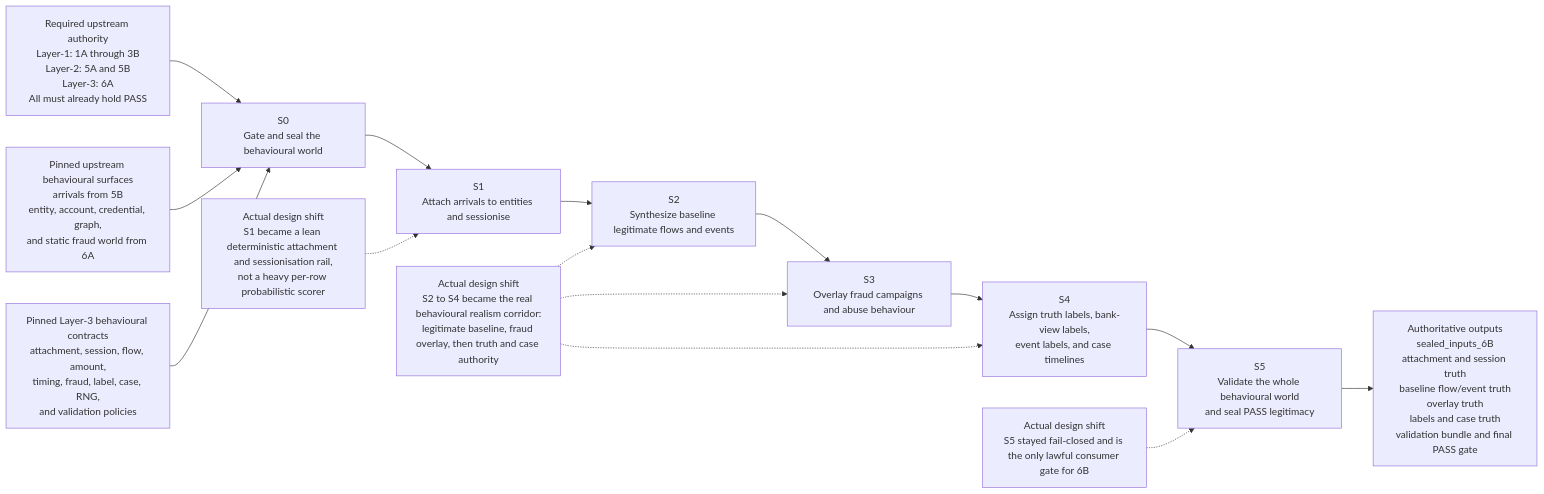
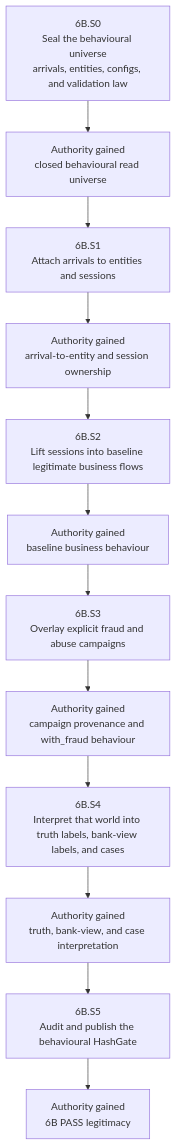
Before and after one commit to EsosaOrumwese/fraud-detection-system: the diagram in docs/design/data-engine/layer-3/6B/6B-overview-design-flow.mmd, drawn with Mermaid. The commit also changed 23 other files, not shown here.

First line of the commit message:
Refactor design flows for layers 6A and 6B to enhance clarity and structure

```diff
--- a/docs/design/data-engine/layer-3/6B/6B-overview-design-flow.mmd
+++ b/docs/design/data-engine/layer-3/6B/6B-overview-design-flow.mmd
@@ -1,27 +1,16 @@
-flowchart LR
-  U1["Required upstream authority<br/>Layer-1: 1A through 3B<br/>Layer-2: 5A and 5B<br/>Layer-3: 6A<br/>All must already hold PASS"]
-  U2["Pinned upstream behavioural surfaces<br/>arrivals from 5B<br/>entity, account, credential, graph,<br/>and static fraud world from 6A"]
-  U3["Pinned Layer-3 behavioural contracts<br/>attachment, session, flow, amount,<br/>timing, fraud, label, case, RNG,<br/>and validation policies"]
+flowchart TD
+  A0["6B.S0<br/>Seal the behavioural universe<br/>arrivals, entities, configs, and validation law"]
+  A1["6B.S1<br/>Attach arrivals to entities and sessions"]
+  A2["6B.S2<br/>Lift sessions into baseline legitimate business flows"]
+  A3["6B.S3<br/>Overlay explicit fraud and abuse campaigns"]
+  A4["6B.S4<br/>Interpret that world into truth labels, bank-view labels, and cases"]
+  A5["6B.S5<br/>Audit and publish the behavioural HashGate"]
 
-  S0["S0<br/>Gate and seal the behavioural world"]
-  S1["S1<br/>Attach arrivals to entities and sessionise"]
-  S2["S2<br/>Synthesize baseline legitimate flows and events"]
-  S3["S3<br/>Overlay fraud campaigns and abuse behaviour"]
-  S4["S4<br/>Assign truth labels, bank-view labels,<br/>event labels, and case timelines"]
-  S5["S5<br/>Validate the whole behavioural world<br/>and seal PASS legitimacy"]
+  B1["Authority gained<br/>closed behavioural read universe"]
+  B2["Authority gained<br/>arrival-to-entity and session ownership"]
+  B3["Authority gained<br/>baseline business behaviour"]
+  B4["Authority gained<br/>campaign provenance and with_fraud behaviour"]
+  B5["Authority gained<br/>truth, bank-view, and case interpretation"]
+  B6["Authority gained<br/>6B PASS legitimacy"]
 
-  O1["Authoritative outputs<br/>sealed_inputs_6B<br/>attachment and session truth<br/>baseline flow/event truth<br/>overlay truth<br/>labels and case truth<br/>validation bundle and final PASS gate"]
-
-  R1["Actual design shift<br/>S1 became a lean deterministic attachment and sessionisation rail,<br/>not a heavy per-row probabilistic scorer"]
-  R2["Actual design shift<br/>S2 to S4 became the real behavioural realism corridor:<br/>legitimate baseline, fraud overlay, then truth and case authority"]
-  R3["Actual design shift<br/>S5 stayed fail-closed and is the only lawful consumer gate for 6B"]
-
-  U1 --> S0
-  U2 --> S0
-  U3 --> S0
-  S0 --> S1 --> S2 --> S3 --> S4 --> S5 --> O1
-  R1 -.-> S1
-  R2 -.-> S2
-  R2 -.-> S3
-  R2 -.-> S4
-  R3 -.-> S5
+  A0 --> B1 --> A1 --> B2 --> A2 --> B3 --> A3 --> B4 --> A4 --> B5 --> A5 --> B6
```
